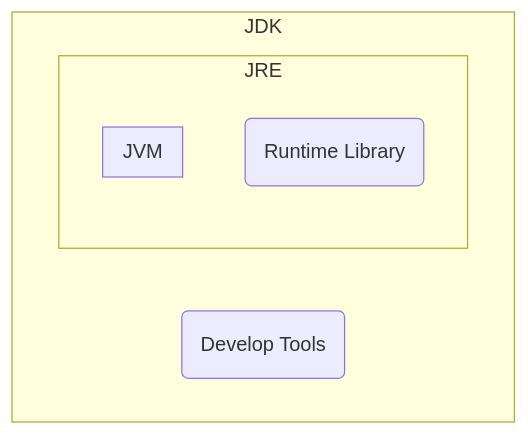
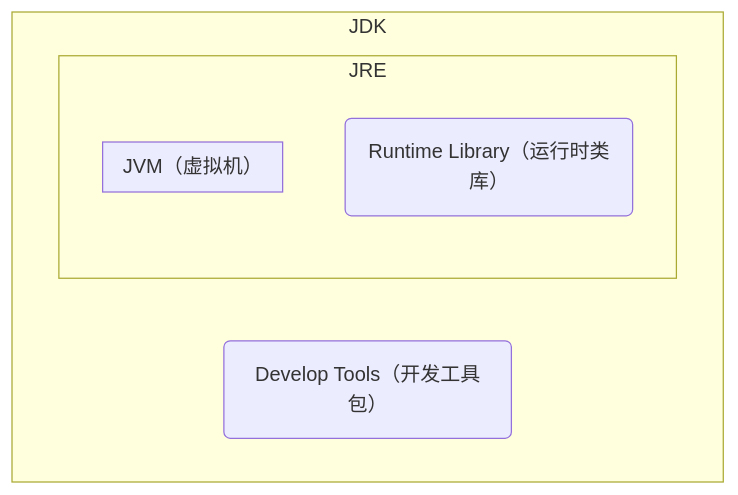
One commit to Developer-Tang/Knowledge-Notes changed the diagram in Java/README.md. Above: the diagram before and after it, drawn with Mermaid. The commit also changed other lines of this file and 1 other file, not shown here.

Commit message:
微调

````diff
--- a/Java/README.md
+++ b/Java/README.md
@@ -34,11 +36,11 @@
 ```mermaid
 graph TB
     subgraph JDK
         subgraph JRE
-            subgraph JVM
+            subgraph "JVM（虚拟机）"
             end
-            RL(Runtime Library)
+            RL("Runtime Library（运行时类库）")
         end
-        DT(Develop Tools)
+        DT("Develop Tools（开发工具包）")
     end
 ```
````
